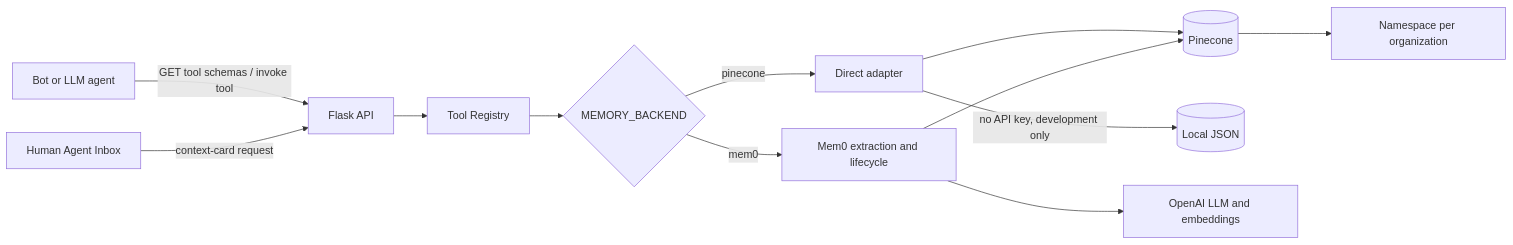
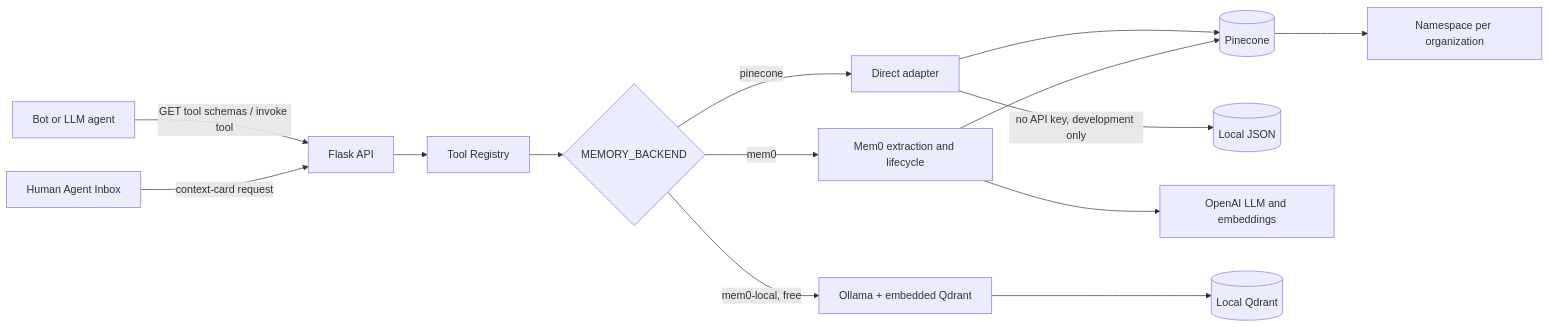
Before and after one commit to Saadia-Asghar/quicktalk-pinecone-memory: the first of 2 diagrams in ARCHITECTURE.md, drawn with Mermaid. The commit also changed 8 other files, not shown here.

Commit message:
Add tested zero-cost Mem0 Ollama mode

````diff
--- a/ARCHITECTURE.md
+++ b/ARCHITECTURE.md
@@ -9,14 +9,16 @@
 ```mermaid
 flowchart LR
   A[Bot or LLM agent] -->|GET tool schemas / invoke tool| F[Flask API]
   U[Human Agent Inbox] -->|context-card request| F
   F --> R[Tool Registry]
   R --> B{MEMORY_BACKEND}
   B -->|pinecone| D[Direct adapter]
   B -->|mem0| M[Mem0 extraction and lifecycle]
+  B -->|mem0-local, free| L[Ollama + embedded Qdrant]
   D --> P[(Pinecone)]
   D -->|no API key, development only| J[(Local JSON)]
   M --> O[OpenAI LLM and embeddings]
   M --> P
+  L --> Q[(Local Qdrant)]
   P --> N[Namespace per organization]
 ```
````
